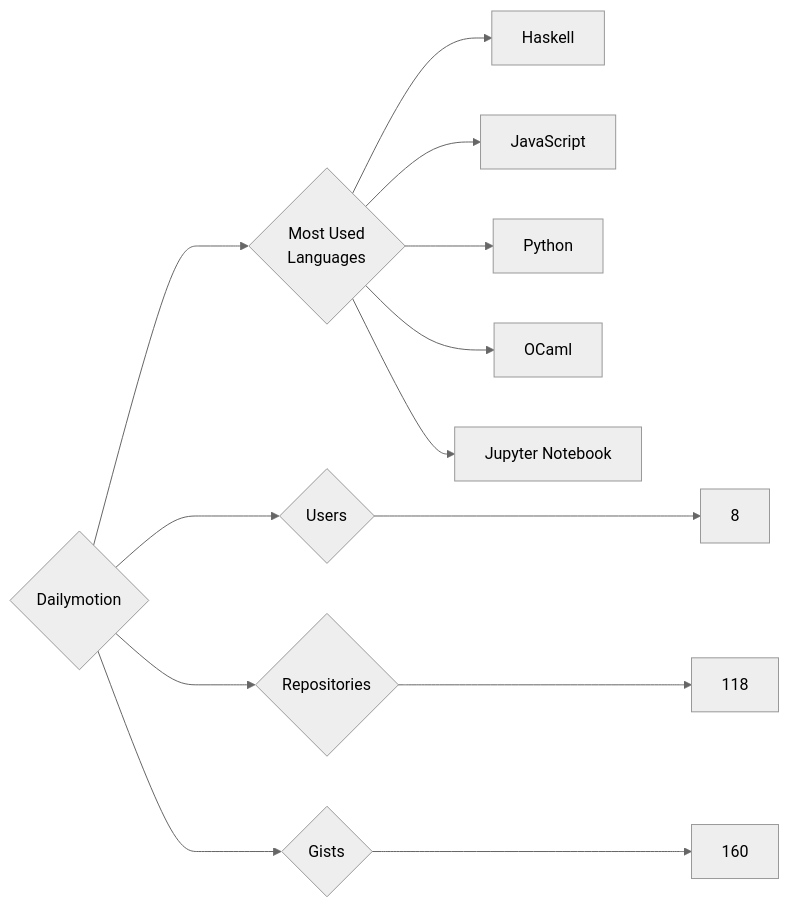
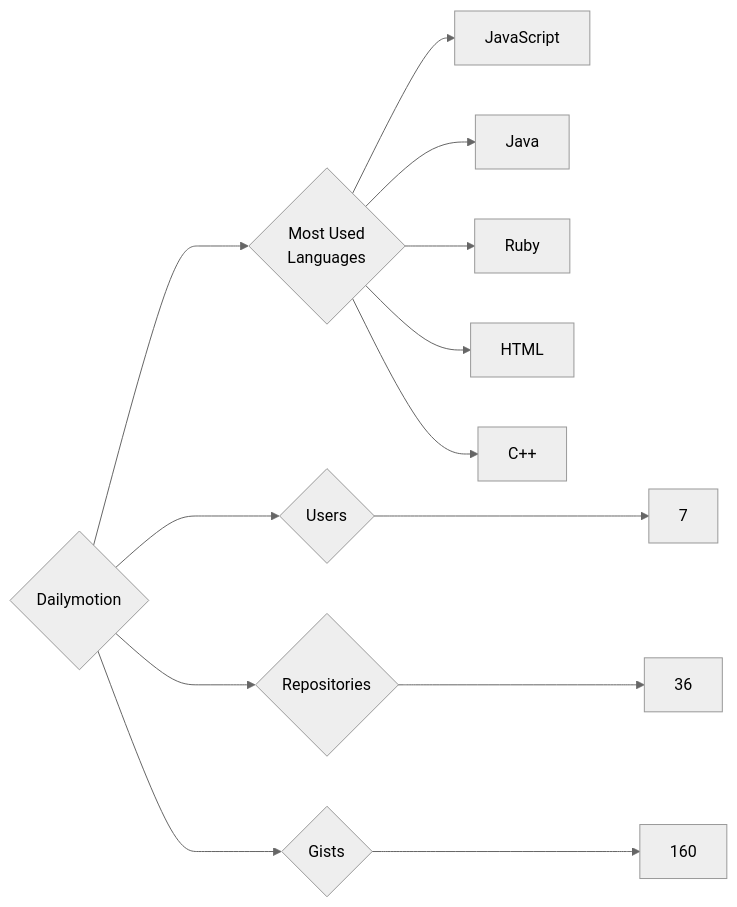
One commit to trickest/insiders changed the diagram in targets/Dailymotion/README.md. Above: the diagram before and after it, drawn with Mermaid (neutral theme). The commit also changed 611 other files, not shown here.

````diff
--- a/targets/Dailymotion/README.md
+++ b/targets/Dailymotion/README.md
@@ -3,13 +3,13 @@
 ```mermaid
 graph LR
 COMPANY_NAME{Dailymotion}
-COMPANY_NAME ---> U{Users} ---> UN[8]
-COMPANY_NAME ---> R{Repositories} ---> RN[118]
+COMPANY_NAME ---> U{Users} ---> UN[7]
+COMPANY_NAME ---> R{Repositories} ---> RN[36]
 COMPANY_NAME ---> G{Gists} ---> GN[160]
 COMPANY_NAME ---> ML{Most Used<br>Languages}
-ML --> Haskell[Haskell]
 ML --> JavaScript[JavaScript]
-ML --> Python[Python]
-ML --> OCaml[OCaml]
-ML --> Jupyter_Notebook[Jupyter Notebook]
+ML --> Java[Java]
+ML --> Ruby[Ruby]
+ML --> HTML[HTML]
+ML --> C++[C++]
 ```
````
